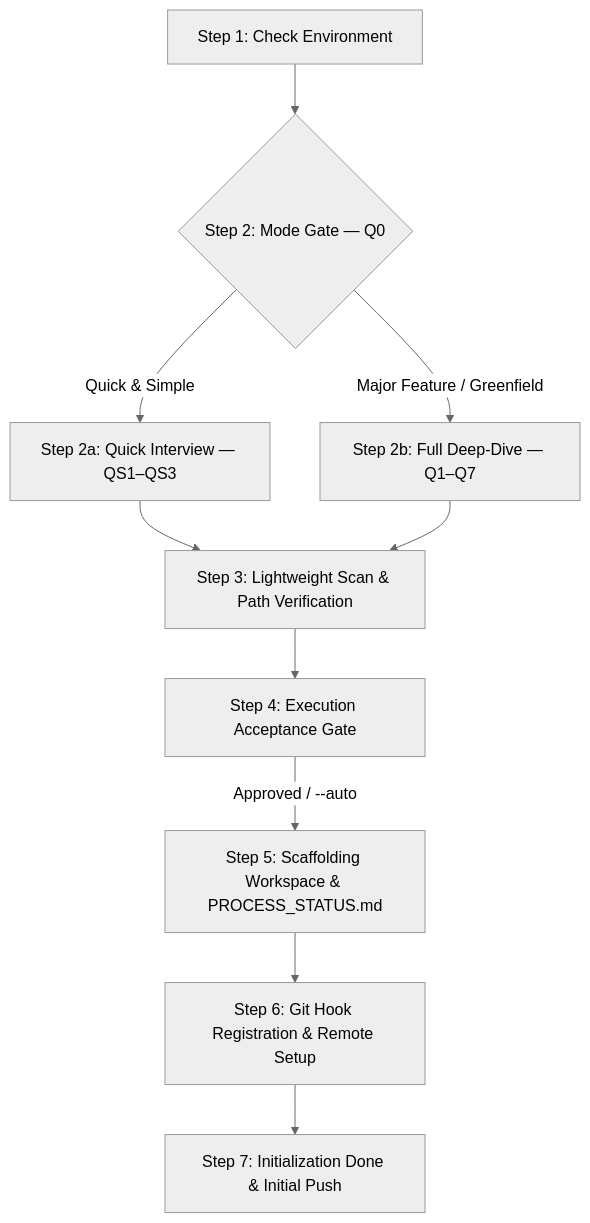
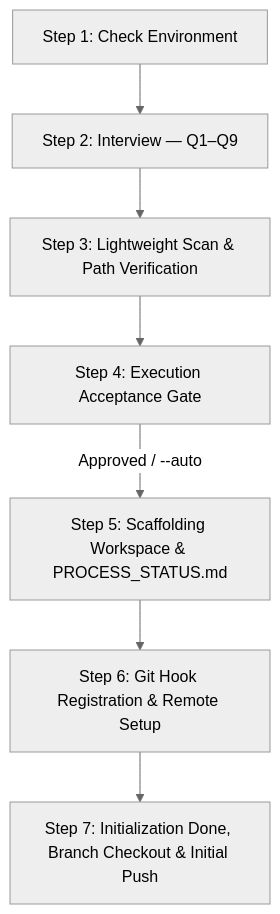
The diagram in actions/init/antigravity/guards/workflows/init.md (hrvthgergo/agent-driven-templates), drawn with Mermaid (neutral theme) before and after one commit. The commit also changed other lines of this file and 6 other files, not shown here.

First line of the commit message:
feat(init): align antigravity init guards, implementation map, and tests with flat Q1-Q9 schema

````diff
--- a/actions/init/antigravity/guards/workflows/init.md
+++ b/actions/init/antigravity/guards/workflows/init.md
@@ -43,12 +44,9 @@
 ```mermaid
 graph TD
-    S1[Step 1: Check Environment] --> S2{Step 2: Mode Gate — Q0}
-    S2 -->|Quick & Simple| S2a[Step 2a: Quick Interview — QS1–QS3]
-    S2 -->|Major Feature / Greenfield| S2b[Step 2b: Full Deep-Dive — Q1–Q7]
-    S2a --> S3[Step 3: Lightweight Scan & Path Verification]
-    S2b --> S3
+    S1[Step 1: Check Environment] --> S2[Step 2: Interview — Q1–Q9]
+    S2 --> S3[Step 3: Lightweight Scan & Path Verification]
     S3 --> S4[Step 4: Execution Acceptance Gate]
     S4 -->|Approved / --auto| S5[Step 5: Scaffolding Workspace & PROCESS_STATUS.md]
     S5 --> S6[Step 6: Git Hook Registration & Remote Setup]
-    S6 --> S7[Step 7: Initialization Done & Initial Push]
+    S6 --> S7[Step 7: Initialization Done, Branch Checkout & Initial Push]
 ```
````
